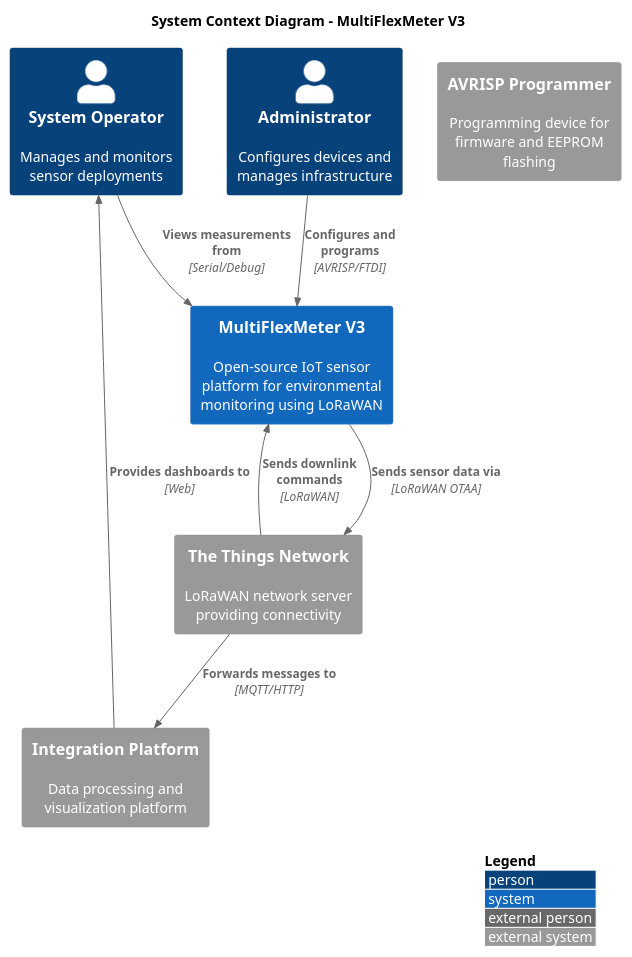
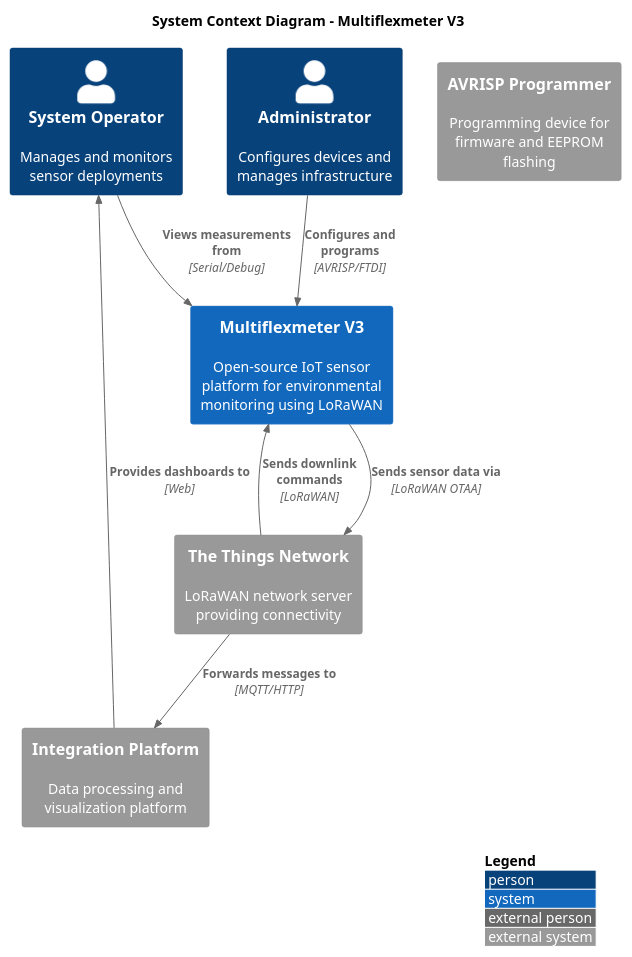
One commit to MrMisterMisterMister/MFM-docs changed the diagram in public/diagrams/system_context.puml. Above: the diagram before and after it, drawn with PlantUML. The commit also changed 38 other files, not shown here.

Commit message:
Change MultiFlexMeter to Multiflexmeter

```diff
--- a/public/diagrams/system_context.puml
+++ b/public/diagrams/system_context.puml
@@ -1,24 +1,24 @@
-@startuml MultiFlexMeter_System_Context
+@startuml Multiflexmeter_System_Context
 !include https://raw.githubusercontent.com/plantuml-stdlib/C4-PlantUML/master/C4_Context.puml
 
 LAYOUT_WITH_LEGEND()
 
-title System Context Diagram - MultiFlexMeter V3
+title System Context Diagram - Multiflexmeter V3
 
 Person(operator, "System Operator", "Manages and monitors sensor deployments")
 Person(admin, "Administrator", "Configures devices and manages infrastructure")
 
-System(mfm, "MultiFlexMeter V3", "Open-source IoT sensor platform for environmental monitoring using LoRaWAN")
+System(mfm, "Multiflexmeter V3", "Open-source IoT sensor platform for environmental monitoring using LoRaWAN")
 
 System_Ext(ttn, "The Things Network", "LoRaWAN network server providing connectivity")
 System_Ext(integration, "Integration Platform", "Data processing and visualization platform")
 System_Ext(programmer, "AVRISP Programmer", "Programming device for firmware and EEPROM flashing")
 
 Rel(operator, mfm, "Views measurements from", "Serial/Debug")
 Rel(admin, mfm, "Configures and programs", "AVRISP/FTDI")
 Rel(mfm, ttn, "Sends sensor data via", "LoRaWAN OTAA")
 Rel(ttn, integration, "Forwards messages to", "MQTT/HTTP")
 Rel(integration, operator, "Provides dashboards to", "Web")
 Rel(ttn, mfm, "Sends downlink commands", "LoRaWAN")
 
 @enduml
```
